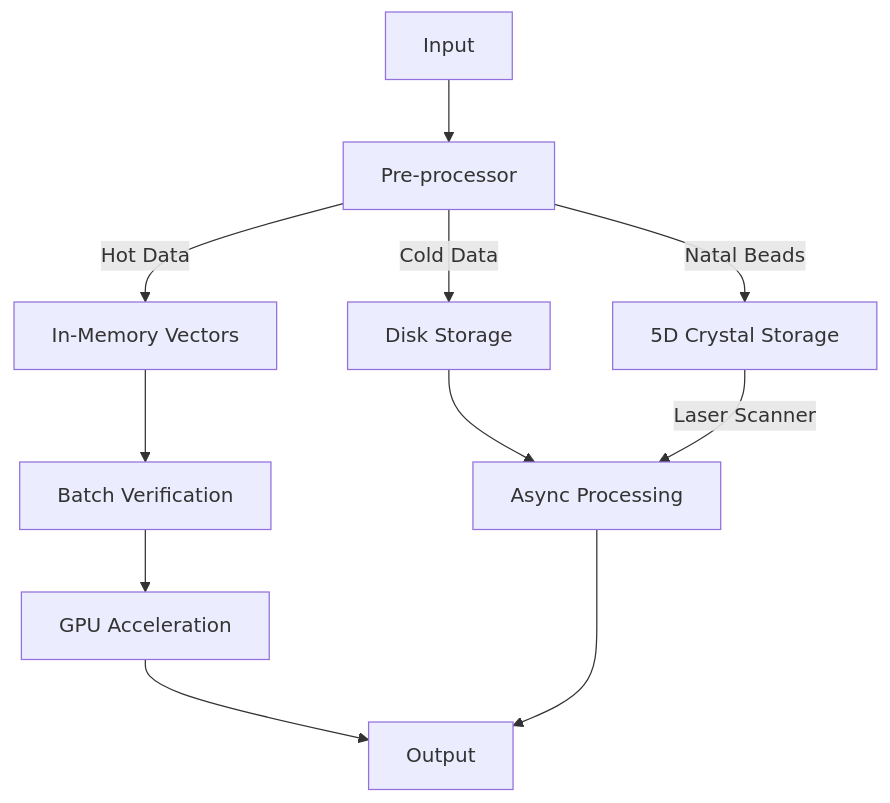
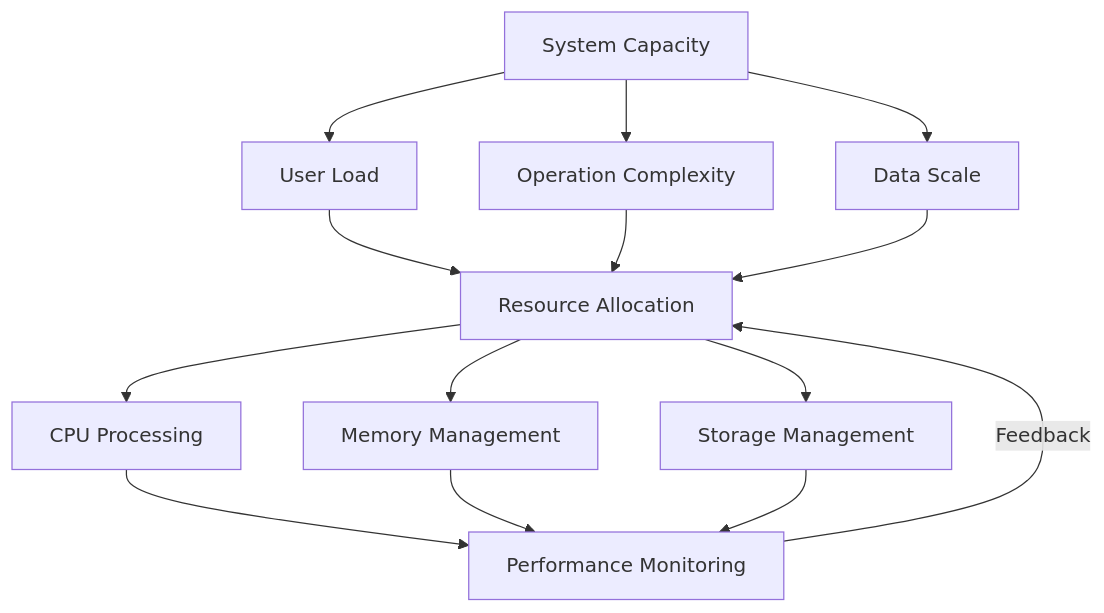
Before and after one commit to heavyblotto/memorativa: the eighth of 13 diagrams in docs/2. the cybernetic system/memorativa-2-22-percept-computational-architecture.md, drawn with Mermaid. The commit also changed other lines of this file and 2 other files, not shown here.

````diff
--- a/docs/2. the cybernetic system/memorativa-2-22-percept-computational-architecture.md
+++ b/docs/2. the cybernetic system/memorativa-2-22-percept-computational-architecture.md
@@ -490,13 +587,20 @@
-   ```mermaid
-   graph TD
-       IN[Input] --> PP[Pre-processor]
-       PP --> |Hot Data| IM[In-Memory Vectors]
-       PP --> |Cold Data| DS[Disk Storage]
-       PP --> |Natal Beads| CS[5D Crystal Storage]
-       IM --> BV[Batch Verification]
-       BV --> GPU[GPU Acceleration]
-       DS --> AS[Async Processing]
-       CS --> |Laser Scanner| AS
-       GPU --> OP[Output]
-       AS --> OP
-   ```
+```mermaid
+graph TD
+    SC[System Capacity] --> UL[User Load]
+    SC --> OC[Operation Complexity]
+    SC --> DS[Data Scale]
+    
+    UL --> RA[Resource Allocation]
+    OC --> RA
+    DS --> RA
+    
+    RA --> CP[CPU Processing]
+    RA --> MM[Memory Management]
+    RA --> SM[Storage Management]
+    
+    CP --> PM[Performance Monitoring]
+    MM --> PM
+    SM --> PM
+    
+    PM --> |Feedback| RA
+```
````
